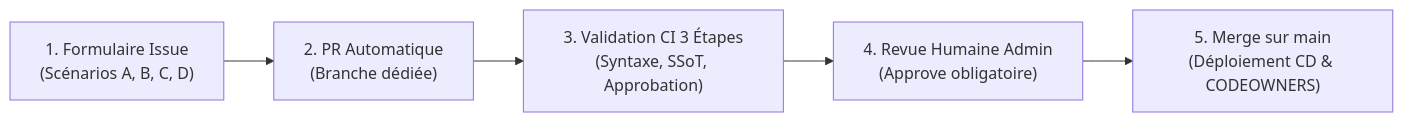
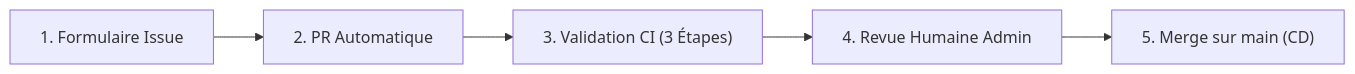
Before and after one commit to MonEntreprise2-0/Test-EntraID: the diagram in README.md, drawn with Mermaid.

Commit message:
docs: fix Mermaid diagram syntax in README for GitHub renderer compatibility

````diff
--- a/README.md
+++ b/README.md
@@ -42,7 +42,7 @@
 ```mermaid
-flowchart LR
-    A["1. Formulaire Issue<br>(Scénarios A, B, C, D)"] --> B["2. PR Automatique<br>(Branche dédiée)"]
-    B --> C["3. Validation CI 3 Étapes<br>(Syntaxe, SSoT, Approbation)"]
-    C --> D["4. Revue Humaine Admin<br>(Approve obligatoire)"]
-    D --> E["5. Merge sur main<br>(Déploiement CD & CODEOWNERS)"]
+graph LR
+    A["1. Formulaire Issue"] --> B["2. PR Automatique"]
+    B --> C["3. Validation CI (3 Étapes)"]
+    C --> D["4. Revue Humaine Admin"]
+    D --> E["5. Merge sur main (CD)"]
 ```
````
